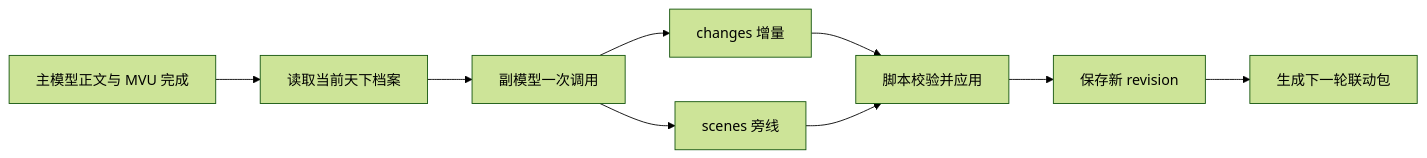
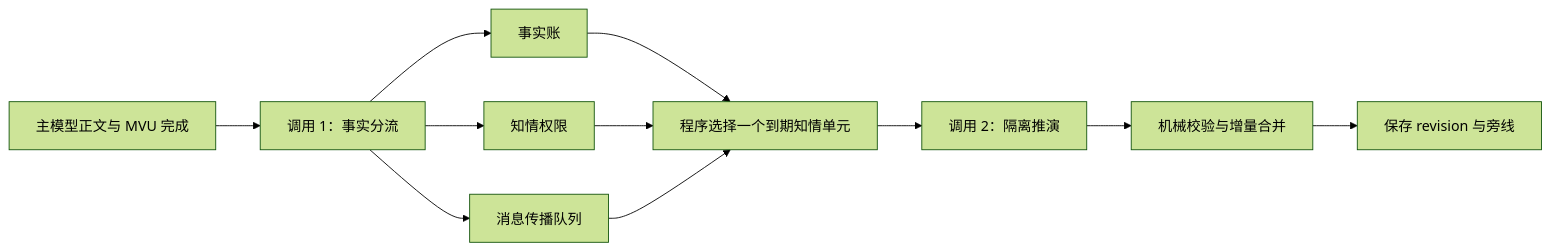
One commit to CSEZK/CMYJ-Frontend changed the diagram in docs/天下演化系统设计.md. Above: the diagram before and after it, drawn with Mermaid (forest theme). The commit also changed other lines of this file and 4 other files, not shown here.

````diff
--- a/docs/天下演化系统设计.md
+++ b/docs/天下演化系统设计.md
@@ -16,11 +15,13 @@
 ```mermaid
 flowchart LR
-  A[主模型正文与 MVU 完成] --> B[读取当前天下档案]
-  B --> C[副模型一次调用]
-  C --> D[changes 增量]
-  C --> E[scenes 旁线]
-  D --> F[脚本校验并应用]
+  A[主模型正文与 MVU 完成] --> B[调用 1：事实分流]
+  B --> C[事实账]
+  B --> D[知情权限]
+  B --> E[消息传播队列]
+  C --> F[程序选择一个到期知情单元]
+  D --> F
   E --> F
-  F --> G[保存新 revision]
-  G --> H[生成下一轮联动包]
+  F --> G[调用 2：隔离推演]
+  G --> H[机械校验与增量合并]
+  H --> I[保存 revision 与旁线]
 ```
````
